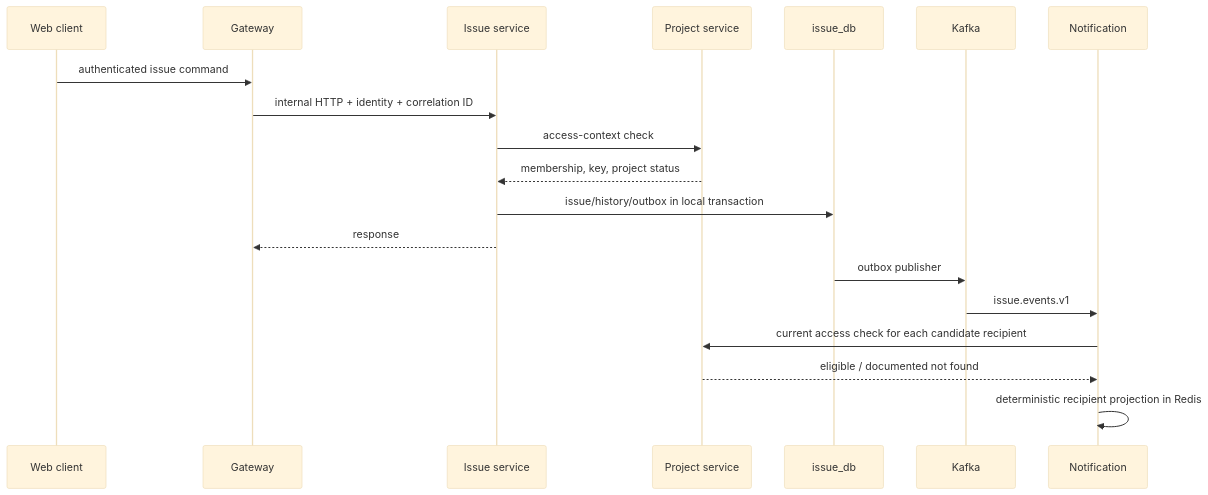
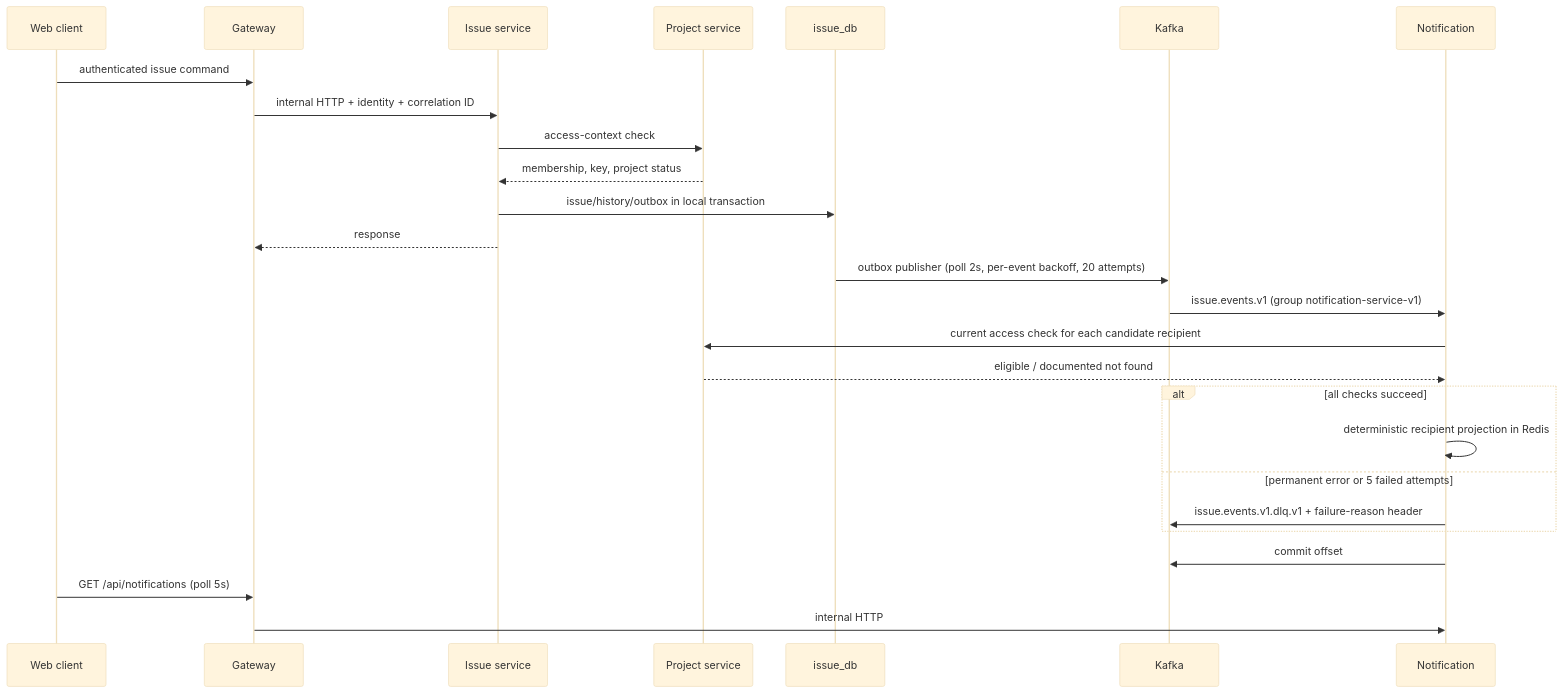
The diagram in docs/architecture/data-flow.md (NicolaiHong/jira-microservices-lab), drawn with Mermaid (base theme) before and after one commit. The commit also changed other lines of this file and 87 other files, not shown here.

````diff
--- a/docs/architecture/data-flow.md
+++ b/docs/architecture/data-flow.md
@@ -7,21 +7,28 @@
 ```mermaid
 sequenceDiagram
   participant UI as Web client
   participant GW as Gateway
   participant I as Issue service
   participant P as Project service
   participant DB as issue_db
   participant K as Kafka
   participant N as Notification
   UI->>GW: authenticated issue command
   GW->>I: internal HTTP + identity + correlation ID
   I->>P: access-context check
   P-->>I: membership, key, project status
   I->>DB: issue/history/outbox in local transaction
   I-->>GW: response
-  DB->>K: outbox publisher
-  K->>N: issue.events.v1
+  DB->>K: outbox publisher (poll 2s, per-event backoff, 20 attempts)
+  K->>N: issue.events.v1 (group notification-service-v1)
   N->>P: current access check for each candidate recipient
   P-->>N: eligible / documented not found
-  N->>N: deterministic recipient projection in Redis
+  alt all checks succeed
+    N->>N: deterministic recipient projection in Redis
+  else permanent error or 5 failed attempts
+    N->>K: issue.events.v1.dlq.v1 + failure-reason header
+  end
+  N->>K: commit offset
+  UI->>GW: GET /api/notifications (poll 5s)
+  GW->>N: internal HTTP
 ```
````
